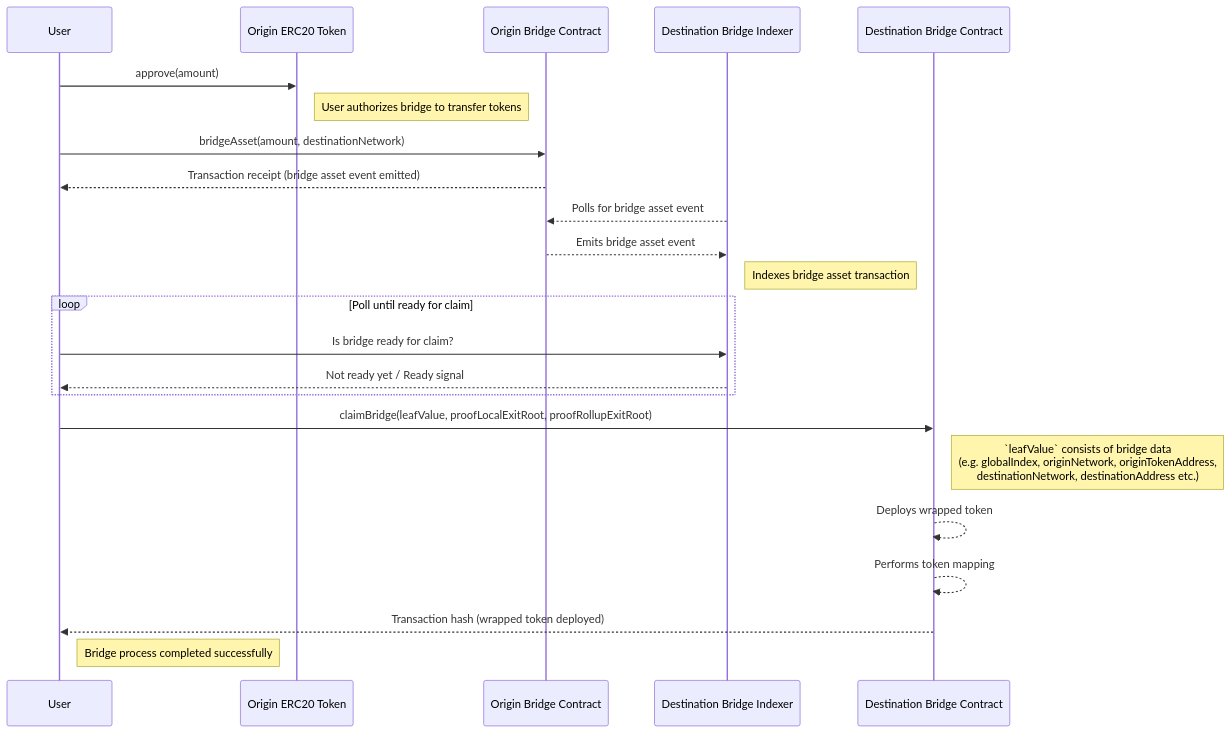
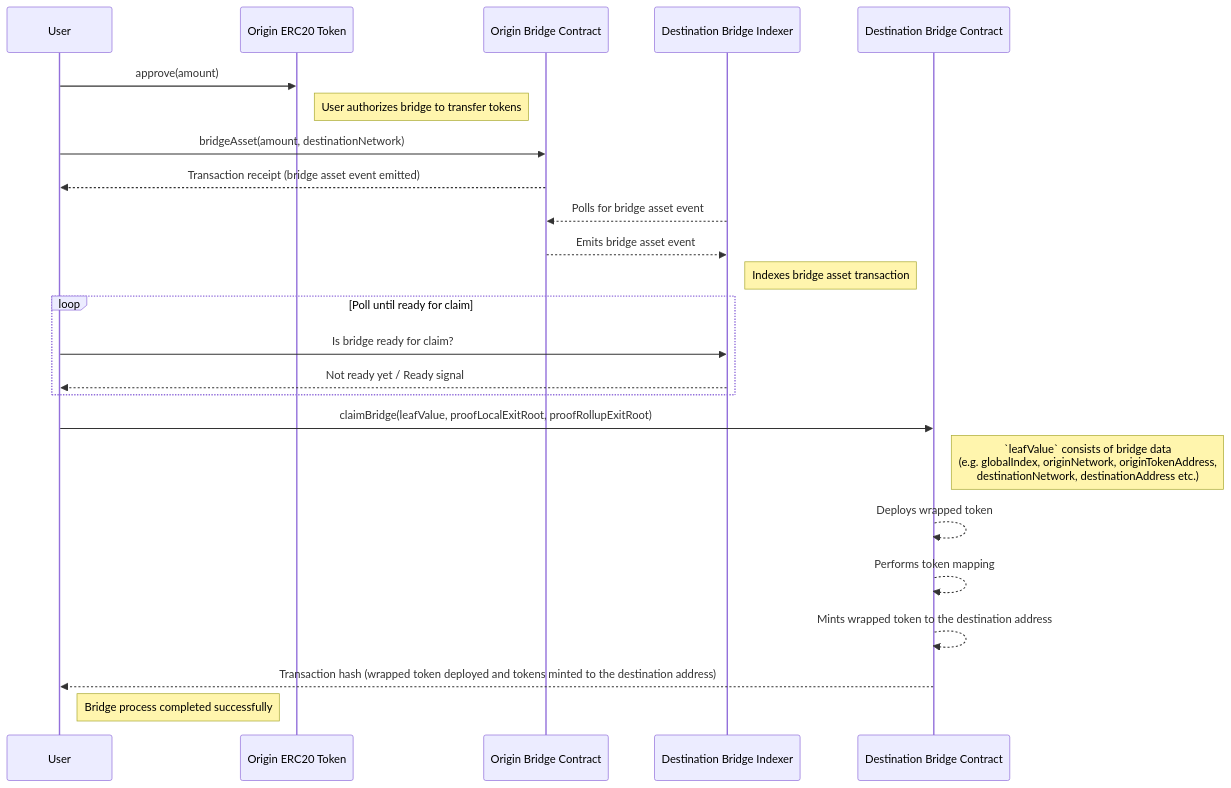
Before and after one commit to agglayer/aggkit: the fifth of 5 diagrams in docs/bridge_service.md, drawn with Mermaid.

Commit message:
update bridge service documentation to clarify token minting process

````diff
--- a/docs/bridge_service.md
+++ b/docs/bridge_service.md
@@ -179,37 +179,38 @@
 ```mermaid
 sequenceDiagram
     participant User
     participant OriginERC20 as Origin ERC20 Token
     participant OriginBridge as Origin Bridge Contract
     participant DestIndexer as Destination Bridge Indexer
     participant DestBridge as Destination Bridge Contract
 
     %% Step 1: Approve Transaction
     User->>OriginERC20: approve(amount)
     Note right of OriginERC20: User authorizes bridge to transfer tokens
 
     %% Step 2: Call Bridge Asset
     User->>OriginBridge: bridgeAsset(amount, destinationNetwork)
     OriginBridge-->>User: Transaction receipt (bridge asset event emitted)
 
     %% Step 3: Indexing on Destination
     DestIndexer-->>OriginBridge: Polls for bridge asset event
     OriginBridge-->>DestIndexer: Emits bridge asset event
     Note right of DestIndexer: Indexes bridge asset transaction
 
     %% Step 4: Polling for Claim Readiness
     loop Poll until ready for claim
         User->>DestIndexer: Is bridge ready for claim?
         DestIndexer-->>User: Not ready yet / Ready signal
     end
 
     %% Step 5: Claim Bridge on Destination
     User->>DestBridge: claimBridge(leafValue, proofLocalExitRoot, proofRollupExitRoot)
     Note right of DestBridge: `leafValue` consists of bridge data <br/> (e.g. globalIndex, originNetwork, originTokenAddress, <br/>destinationNetwork, destinationAddress etc.)
     DestBridge-->>DestBridge: Deploys wrapped token
     DestBridge-->>DestBridge: Performs token mapping
+    DestBridge-->>DestBridge: Mints wrapped token to the destination address
 
     %% Step 6: Final Transaction Hash to User
-    DestBridge-->>User: Transaction hash (wrapped token deployed)
+    DestBridge-->>User: Transaction hash (wrapped token deployed and tokens minted to the destination address)
     Note right of User: Bridge process completed successfully
 ```
````
